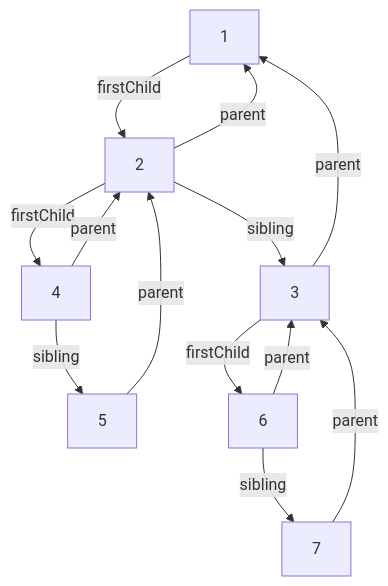
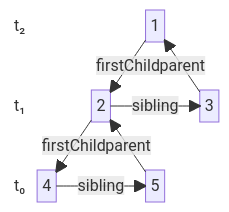
One commit to galacticusorg/galacticus changed the first of 2 diagrams in docs/manuals/developer-guide/traversing-a-merger-tree.rst. Above: the diagram before and after it, drawn with Mermaid. The commit also changed other lines of this file and 10 other files, not shown here.

```diff
--- a/docs/manuals/developer-guide/traversing-a-merger-tree.rst
+++ b/docs/manuals/developer-guide/traversing-a-merger-tree.rst
@@ -26,15 +32,22 @@
 .. mermaid::
+   :config: {"block": {"padding": 40}}
+   :name: fig-traversingProgenitorPointers
+   :align: center
+   :caption: Pointers linking isolated nodes across timesteps. Time increases upward: nodes :math:`4` and :math:`5` at time :math:`t_0` merge to form node :math:`2` at :math:`t_1`, which merges with node :math:`3` to form node :math:`1` at :math:`t_2`. Each pointer is drawn only once, in the direction in which it points---so, for example, node :math:`4` also has ``parent`` pointing to node :math:`2` (``firstChild`` and ``parent`` are inverses of each other along the primary branch), and node :math:`5` has ``sibling`` pointing to ``null``.
 
-   graph TD
-     1--firstChild-->2
-     2--parent-->1
-     3--parent-->1
-     2--sibling-->3
-     2--firstChild-->4
-     4--parent-->2
-     5--parent-->2
-     4--sibling-->5
-     3--firstChild-->6
-     6--parent-->3
-     7--parent-->3
-     6--sibling-->7
+   block-beta
+     columns 8
+     t2["t₂"] space:4 n1["1"] space:2
+     space:8
+     t1["t₁"] space:2 n2["2"] space:3 n3["3"]
+     space:8
+     t0["t₀"] n4["4"] space:3 n5["5"] space:2
+     n2 -- "firstChild" --> n4
+     n5 -- "parent" --> n2
+     n4 -- "sibling" --> n5
+     n1 -- "firstChild" --> n2
+     n3 -- "parent" --> n1
+     n2 -- "sibling" --> n3
+     style t0 fill:none,stroke:none
+     style t1 fill:none,stroke:none
+     style t2 fill:none,stroke:none
```
